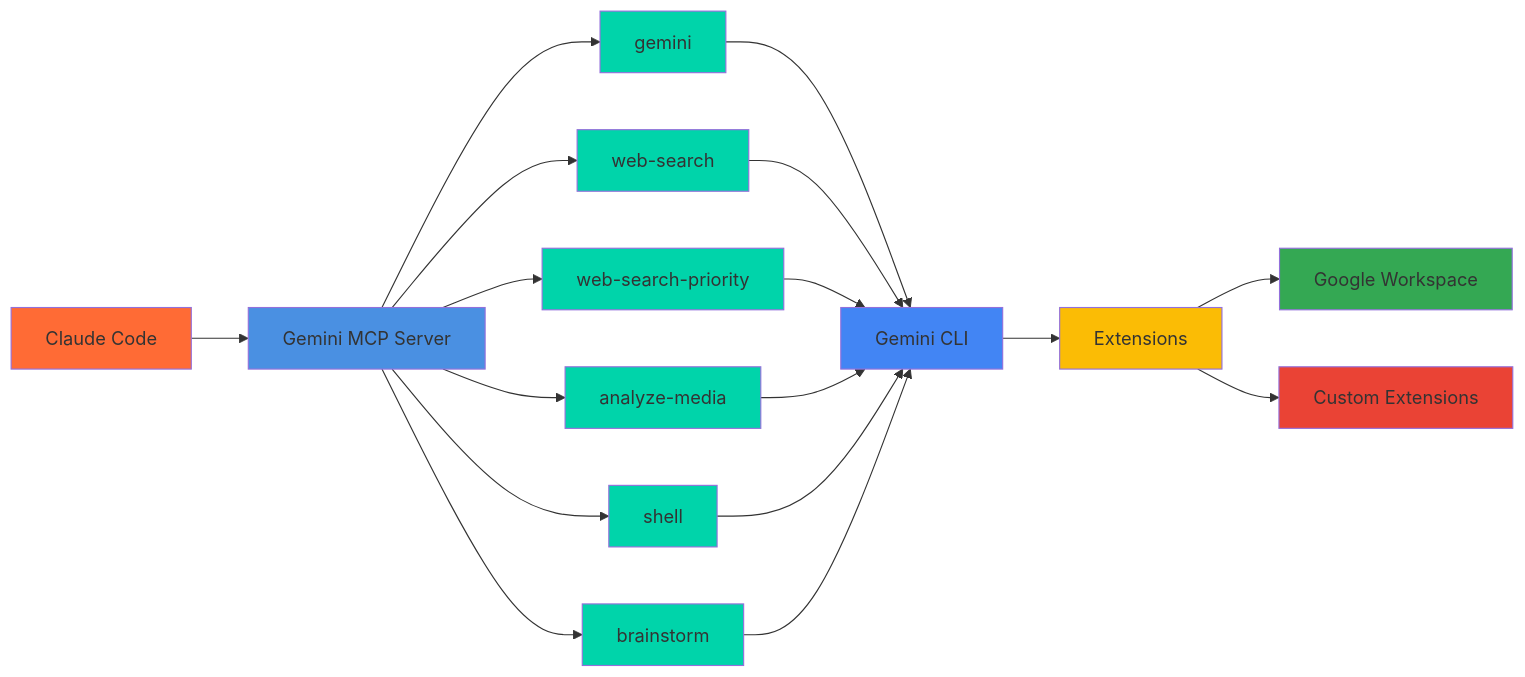
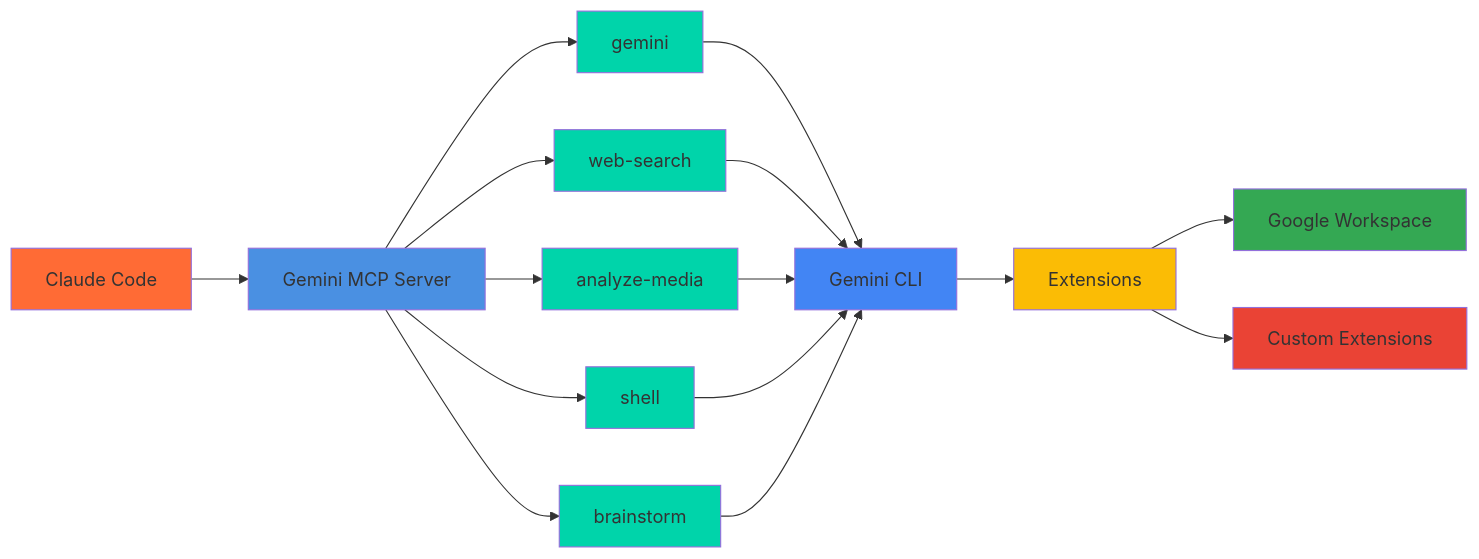
Before and after one commit to tuannvm/gemini-mcp-server: the diagram in README.md, drawn with Mermaid. The commit also changed other lines of this file and 6 other files, not shown here.

First line of the commit message:
refactor: remove web-search-priority tool

````diff
--- a/README.md
+++ b/README.md
@@ -9,32 +9,29 @@
 ```mermaid
 graph LR
     A[Claude Code] --> B[Gemini MCP Server]
     B --> C[gemini]
     B --> S[web-search]
-    B --> SP[web-search-priority]
     B --> M[analyze-media]
     B --> SH[shell]
     B --> D[brainstorm]
     C --> H[Gemini CLI]
     S --> H
-    SP --> H
     M --> H
     SH --> H
     D --> H
     H --> E[Extensions]
     E --> W[Google Workspace]
     E --> X[Custom Extensions]
 
     style A fill:#FF6B35
     style B fill:#4A90E2
     style C fill:#00D4AA
     style S fill:#00D4AA
-    style SP fill:#00D4AA
     style M fill:#00D4AA
     style SH fill:#00D4AA
     style D fill:#00D4AA
     style H fill:#4285F4
     style E fill:#FBBC05
     style W fill:#34A853
     style X fill:#EA4335
 ```
````
